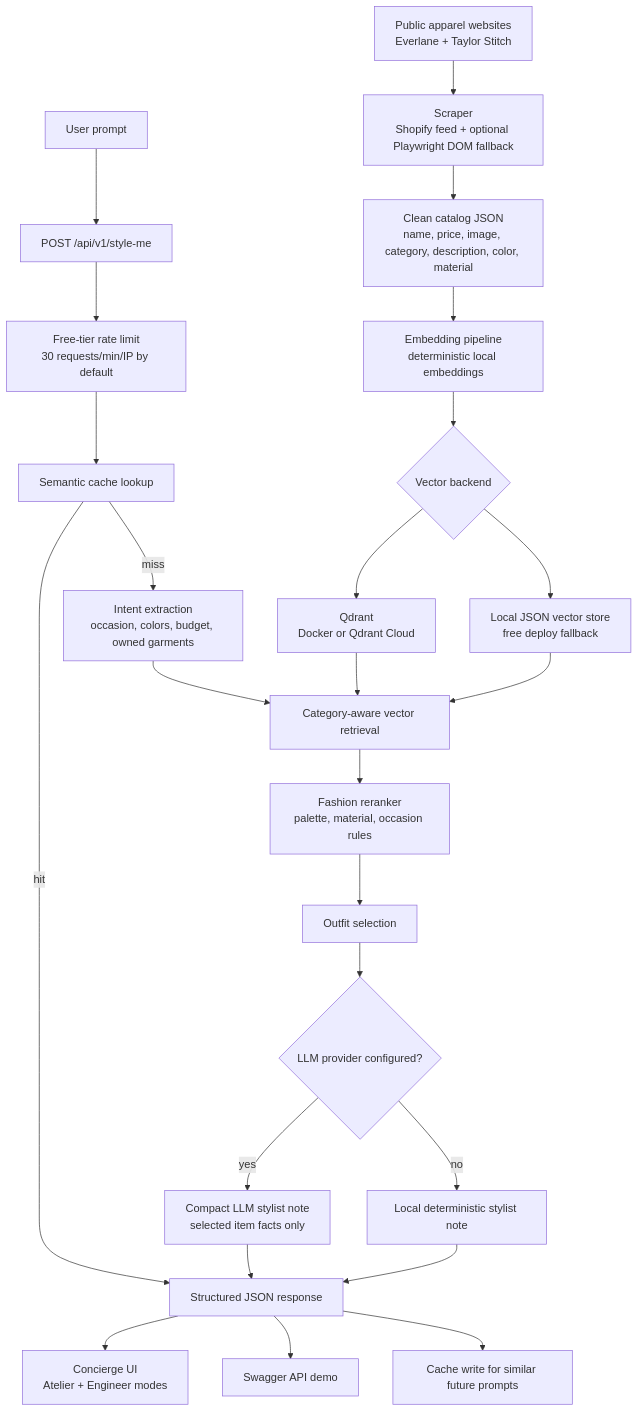
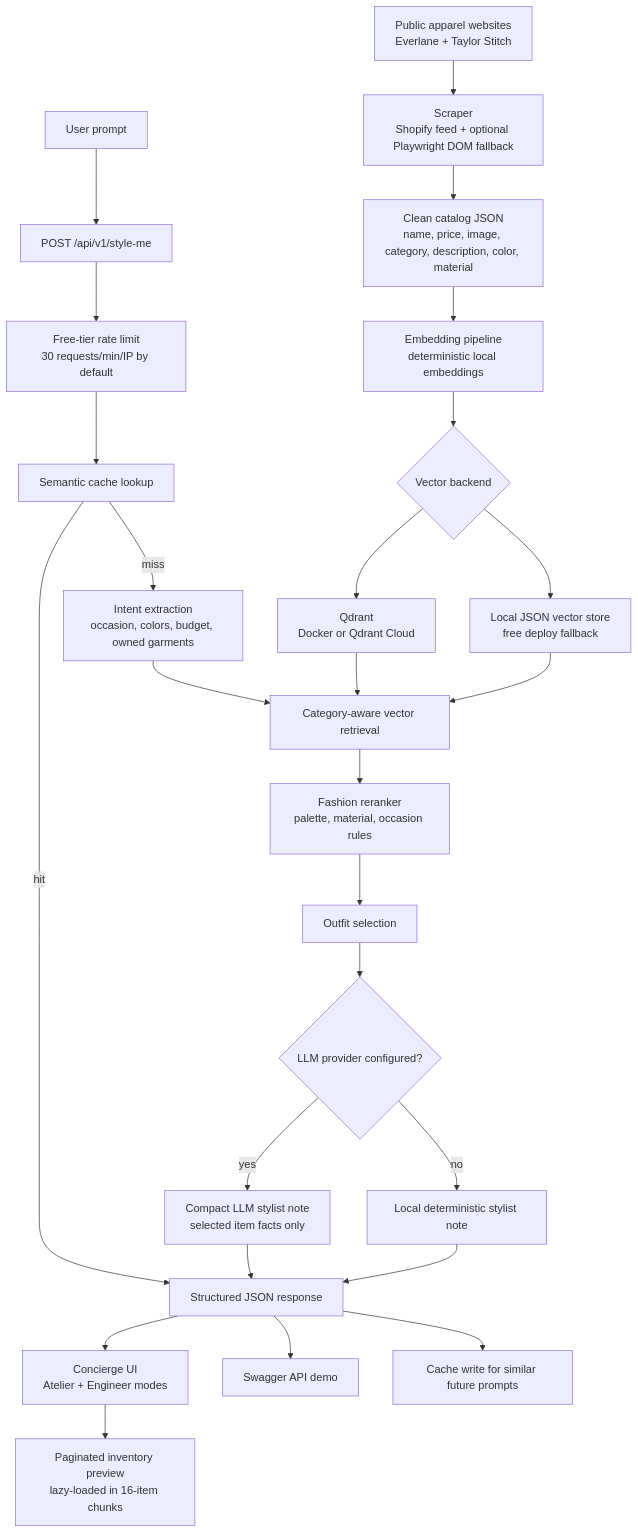
The diagram in SYSTEM_FLOW.md (RUiNtheExtinct/quickeee-luxury-stylist-concierge), drawn with Mermaid before and after one commit. The commit also changed 18 other files, not shown here.

Commit message:
Add lazy catalog preview and brand assets

````diff
--- a/SYSTEM_FLOW.md
+++ b/SYSTEM_FLOW.md
@@ -3,27 +3,28 @@
 ```mermaid
 flowchart TD
     A["Public apparel websites<br/>Everlane + Taylor Stitch"] --> B["Scraper<br/>Shopify feed + optional Playwright DOM fallback"]
     B --> C["Clean catalog JSON<br/>name, price, image, category, description, color, material"]
     C --> D["Embedding pipeline<br/>deterministic local embeddings"]
     D --> E{"Vector backend"}
     E --> F["Qdrant<br/>Docker or Qdrant Cloud"]
     E --> G["Local JSON vector store<br/>free deploy fallback"]
     H["User prompt"] --> I["POST /api/v1/style-me"]
     I --> U["Free-tier rate limit<br/>30 requests/min/IP by default"]
     U --> J["Semantic cache lookup"]
     J -->|hit| R["Structured JSON response"]
     J -->|miss| K["Intent extraction<br/>occasion, colors, budget, owned garments"]
     K --> L["Category-aware vector retrieval"]
     F --> L
     G --> L
     L --> M["Fashion reranker<br/>palette, material, occasion rules"]
     M --> N["Outfit selection"]
     N --> O{"LLM provider configured?"}
     O -->|yes| P["Compact LLM stylist note<br/>selected item facts only"]
     O -->|no| Q["Local deterministic stylist note"]
     P --> R
     Q --> R
     R --> S["Concierge UI<br/>Atelier + Engineer modes"]
+    S --> W["Paginated inventory preview<br/>lazy-loaded in 16-item chunks"]
     R --> V["Swagger API demo"]
     R --> T["Cache write for similar future prompts"]
 ```
````
